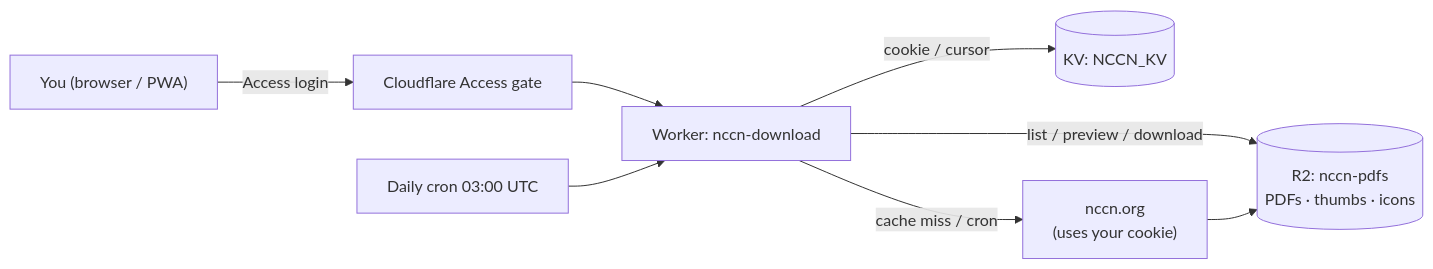
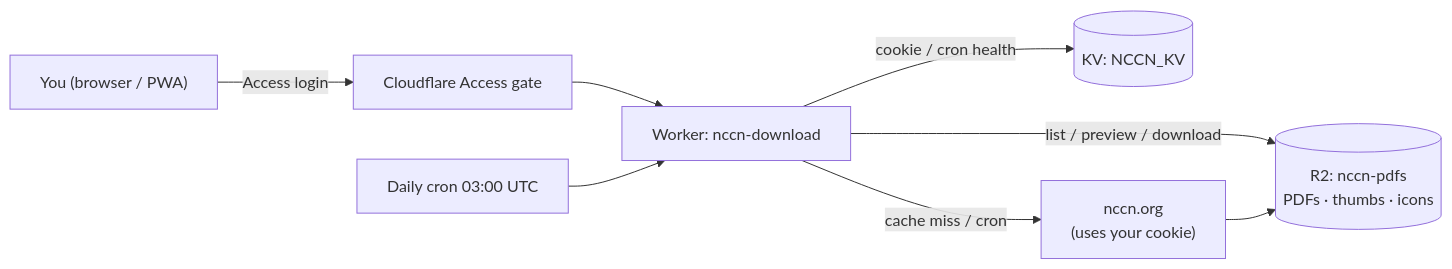
One commit to htlin222/nccn-guidelines-downloader changed the diagram in README.md. Above: the diagram before and after it, drawn with Mermaid. The commit also changed other lines of this file and 13 other files, not shown here.

````diff
--- a/README.md
+++ b/README.md
@@ -73,10 +76,10 @@
 ```mermaid
 flowchart LR
   U["You (browser / PWA)"] -->|Access login| CF["Cloudflare Access gate"]
   CF --> W["Worker: nccn-download"]
   W -->|list / preview / download| R2[("R2: nccn-pdfs<br/>PDFs · thumbs · icons")]
-  W -->|cookie / cursor| KV[("KV: NCCN_KV")]
+  W -->|cookie / cron health| KV[("KV: NCCN_KV")]
   W -->|cache miss / cron| NCCN["nccn.org<br/>(uses your cookie)"]
   NCCN --> R2
   CRON["Daily cron 03:00 UTC"] --> W
 ```
````
